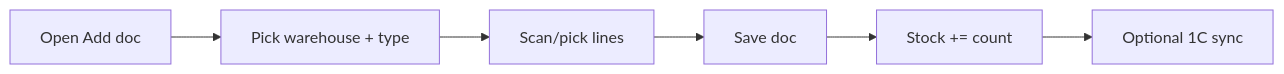
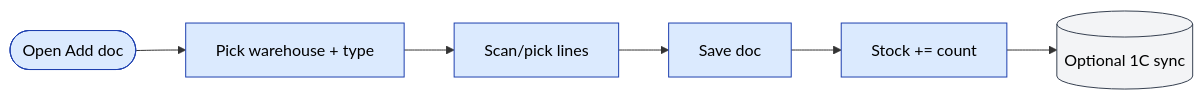
One commit to jamshidtulaganov/sd-doc changed the diagram in docs/modules/warehouse.md. Above: the diagram before and after it, drawn with Mermaid. The commit also changed other lines of this file and 21 other files, not shown here.

````diff
--- a/docs/modules/warehouse.md
+++ b/docs/modules/warehouse.md
@@ -36,8 +56,18 @@
 ```mermaid
 flowchart LR
-  S[Open Add doc] --> WT[Pick warehouse + type]
-  WT --> ADD[Scan/pick lines]
-  ADD --> SAV[Save doc]
-  SAV --> POST[Stock += count]
-  POST --> SYNC[Optional 1C sync]
+  S(["Open Add doc"]) --> WT["Pick warehouse + type"]
+  WT --> ADD["Scan/pick lines"]
+  ADD --> SAV["Save doc"]
+  SAV --> POST["Stock += count"]
+  POST --> SYNC[("Optional 1C sync")]
+
+  classDef action   fill:#dbeafe,stroke:#1e40af,color:#000
+  classDef approval fill:#fef3c7,stroke:#92400e,color:#000
+  classDef success  fill:#dcfce7,stroke:#166534,color:#000
+  classDef reject   fill:#fee2e2,stroke:#991b1b,color:#000
+  classDef external fill:#f3f4f6,stroke:#374151,color:#000
+  classDef cron     fill:#ede9fe,stroke:#6d28d9,color:#000
+
+  class S,WT,ADD,SAV,POST action
+  class SYNC external
 ```
````
